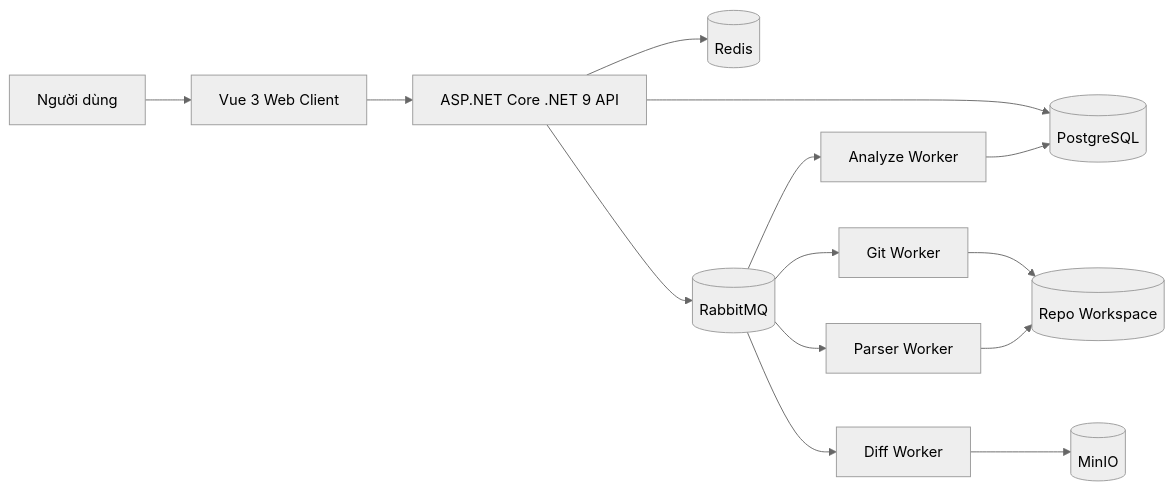
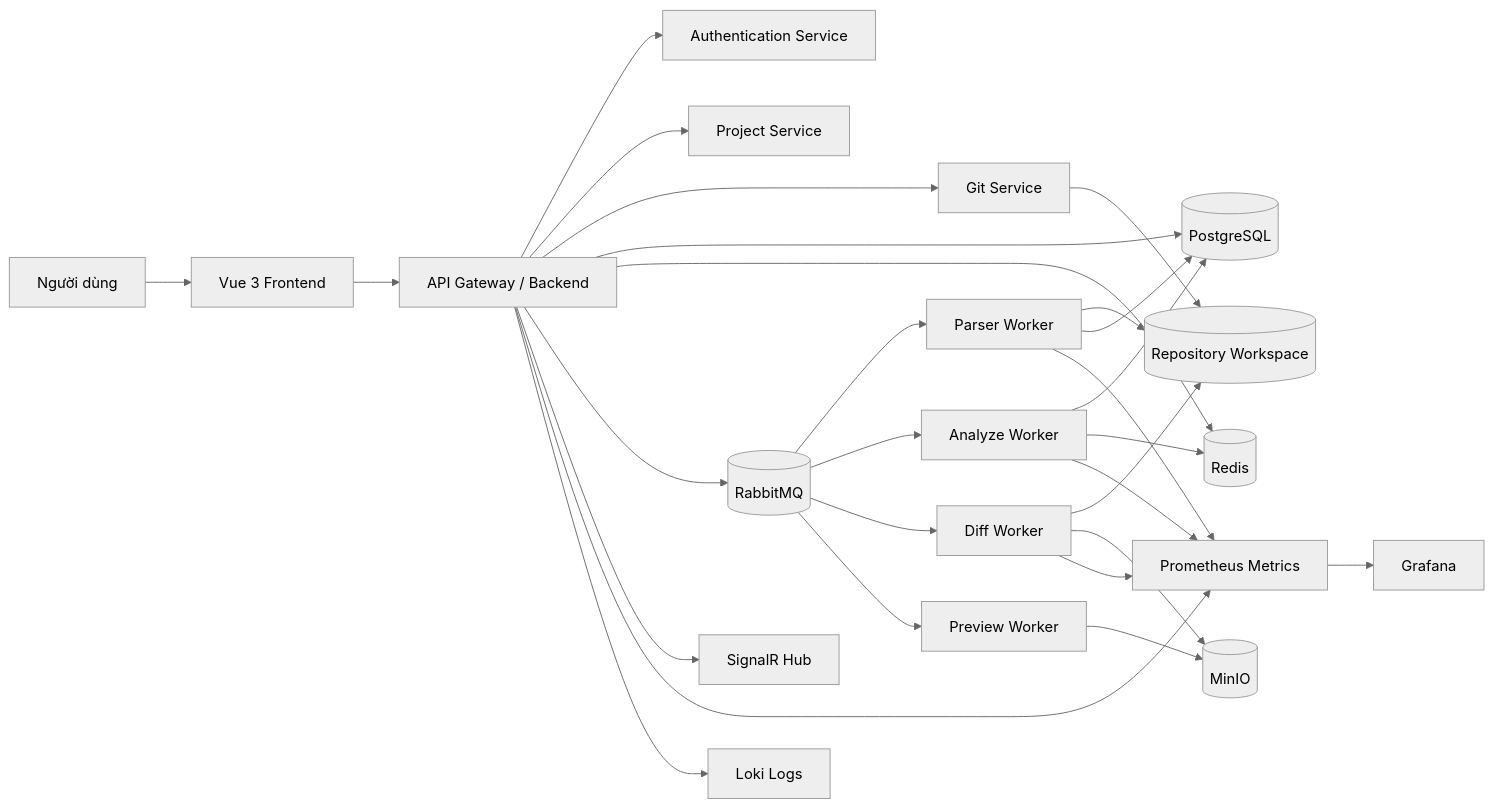
The diagram in docs/SRS/02-architecture.md (RudeusGs/GodForge), drawn with Mermaid (neutral theme) before and after one commit. The commit also changed other lines of this file and 33 other files, not shown here.

````diff
--- a/docs/SRS/02-architecture.md
+++ b/docs/SRS/02-architecture.md
@@ -18,18 +28,33 @@
 ```mermaid
 flowchart LR
-    User[Người dùng] --> Browser[Vue 3 Web Client]
-    Browser --> API[ASP.NET Core .NET 9 API]
-    API --> PostgreSQL[(PostgreSQL)]
+    User[Người dùng] --> FE[Vue 3 Frontend]
+    FE --> API[API Gateway / Backend]
+    API --> Auth[Authentication Service]
+    API --> Project[Project Service]
+    API --> Git[Git Service]
+    API --> PG[(PostgreSQL)]
     API --> Redis[(Redis)]
-    API --> RabbitMQ[(RabbitMQ)]
-    
-    RabbitMQ --> GitWorker[Git Worker]
-    RabbitMQ --> ParserWorker[Parser Worker]
-    RabbitMQ --> AnalyzeWorker[Analyze Worker]
-    RabbitMQ --> DiffWorker[Diff Worker]
-    
-    GitWorker --> Workspace[(Repo Workspace)]
-    ParserWorker --> Workspace
-    AnalyzeWorker --> PostgreSQL
-    DiffWorker --> MinIO[(MinIO)]
+    API --> MQ[(RabbitMQ)]
+    API --> SignalR[SignalR Hub]
+
+    MQ --> Parser[Parser Worker]
+    MQ --> Analyzer[Analyze Worker]
+    MQ --> Diff[Diff Worker]
+    MQ --> Preview[Preview Worker]
+
+    Git --> Workspace[(Repository Workspace)]
+    Parser --> Workspace
+    Diff --> Workspace
+    Parser --> PG
+    Analyzer --> PG
+    Analyzer --> Redis
+    Diff --> MinIO[(MinIO)]
+    Preview --> MinIO
+
+    API --> Metrics[Prometheus Metrics]
+    Parser --> Metrics
+    Analyzer --> Metrics
+    Diff --> Metrics
+    Metrics --> Grafana[Grafana]
+    API --> Loki[Loki Logs]
 ```
````
